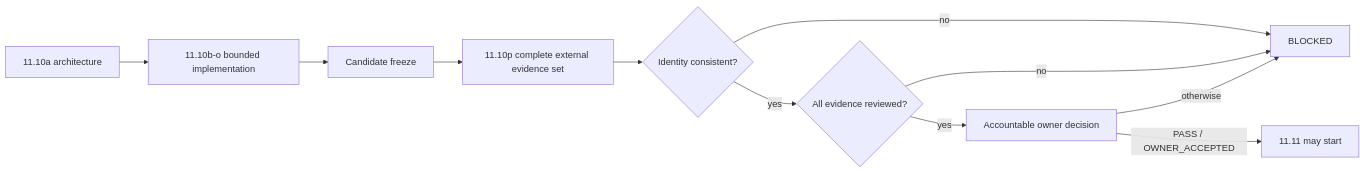
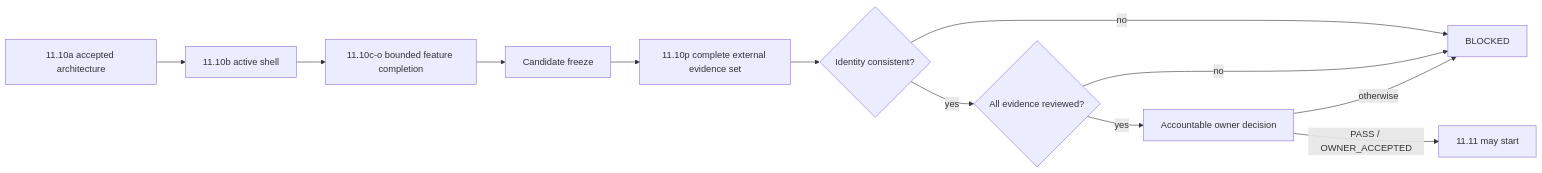
The diagram in docs/project/EXECUTIVE_DECISION_VIEW.md (GJvManen/dtmo), drawn with Mermaid before and after one commit. The commit also changed other lines of this file, not shown here.

````diff
--- a/docs/project/EXECUTIVE_DECISION_VIEW.md
+++ b/docs/project/EXECUTIVE_DECISION_VIEW.md
@@ -45,13 +52,14 @@
 ```mermaid
 flowchart LR
-    A[11.10a architecture] --> B[11.10b-o bounded implementation]
-    B --> F[Candidate freeze]
+    A[11.10a accepted architecture] --> B[11.10b active shell]
+    B --> C[11.10c-o bounded feature completion]
+    C --> F[Candidate freeze]
     F --> E[11.10p complete external evidence set]
     E --> I{Identity consistent?}
     I -->|no| X[BLOCKED]
     I -->|yes| R{All evidence reviewed?}
     R -->|no| X
     R -->|yes| O[Accountable owner decision]
     O -->|PASS / OWNER_ACCEPTED| N[11.11 may start]
     O -->|otherwise| X
 ```
````
